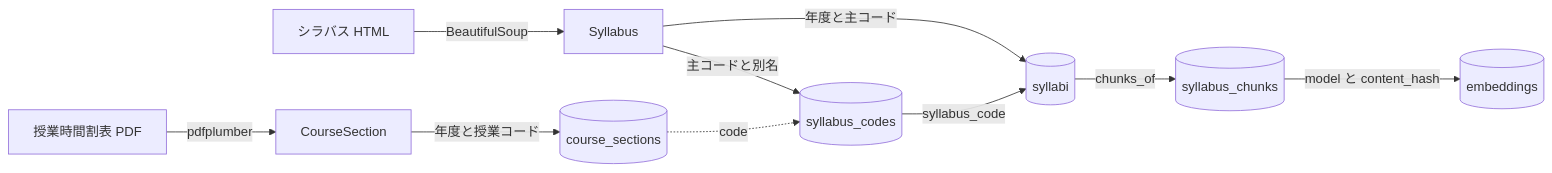
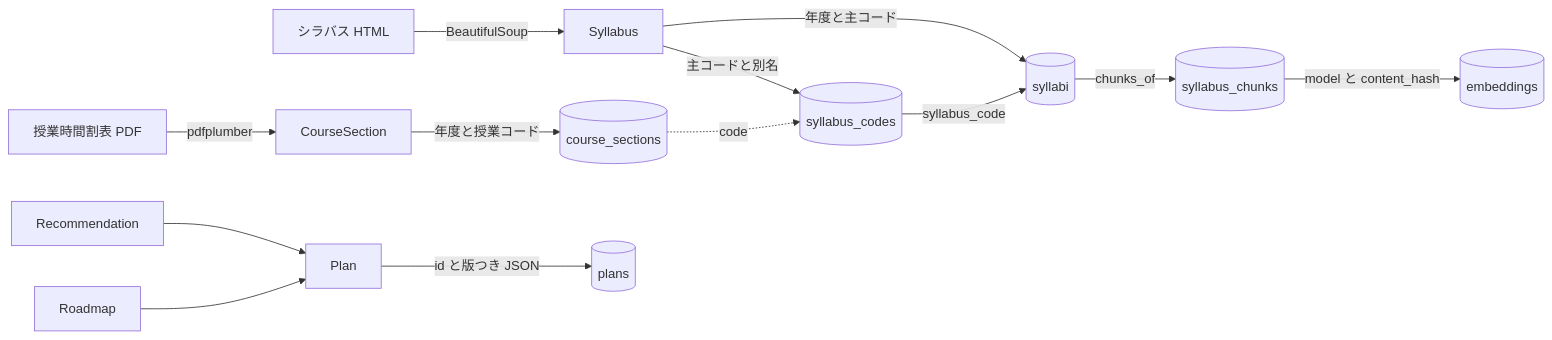
The diagram in docs/data-model.md (h11roki/Shirube), drawn with Mermaid before and after one commit. The commit also changed other lines of this file and 4 other files, not shown here.

````diff
--- a/docs/data-model.md
+++ b/docs/data-model.md
@@ -5,12 +5,15 @@
 ```mermaid
 flowchart LR
   T[授業時間割表 PDF] -->|pdfplumber| S[CourseSection]
   Y[シラバス HTML] -->|BeautifulSoup| C[Syllabus]
   S -- 年度と授業コード --> M[(course_sections)]
   C -- 年度と主コード --> N[(syllabi)]
   C -- 主コードと別名 --> K[(syllabus_codes)]
   K -- syllabus_code --> N
   M -. code .-> K
   N -->|chunks_of| H[(syllabus_chunks)]
   H -- model と content_hash --> E[(embeddings)]
+  R[Recommendation] --> P[Plan]
+  D[Roadmap] --> P
+  P -- id と版つき JSON --> Q[(plans)]
 ```
````
